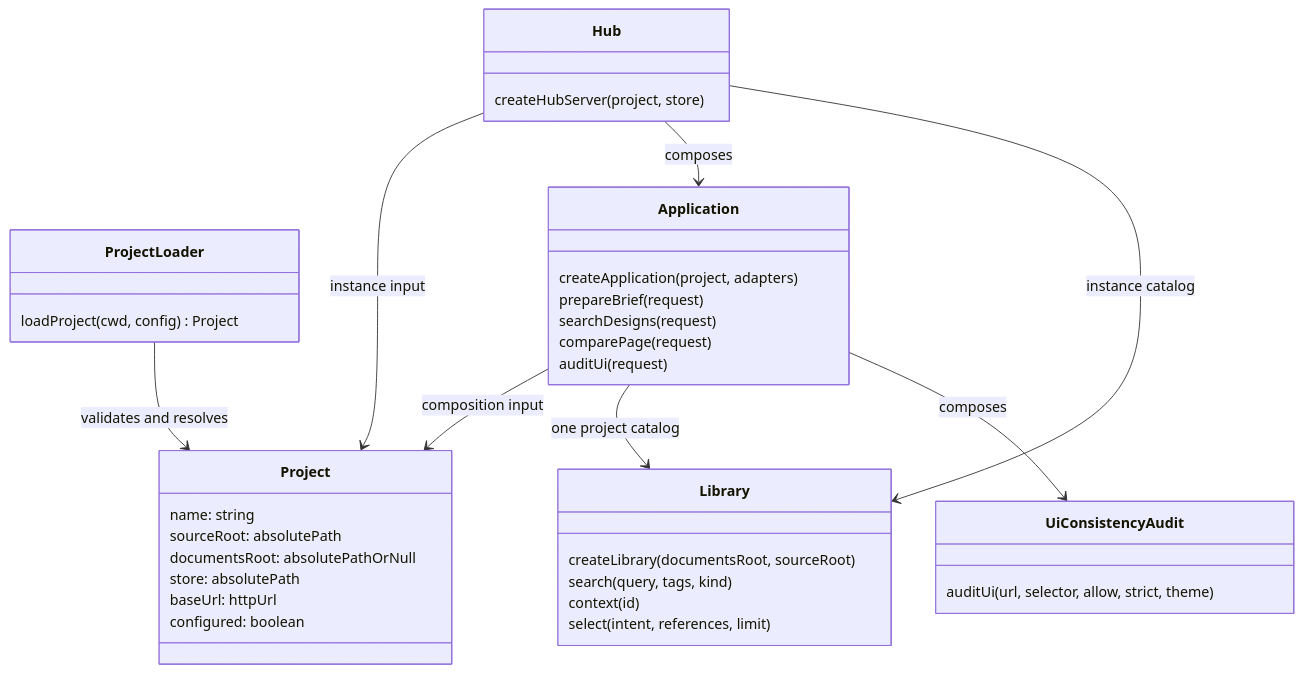
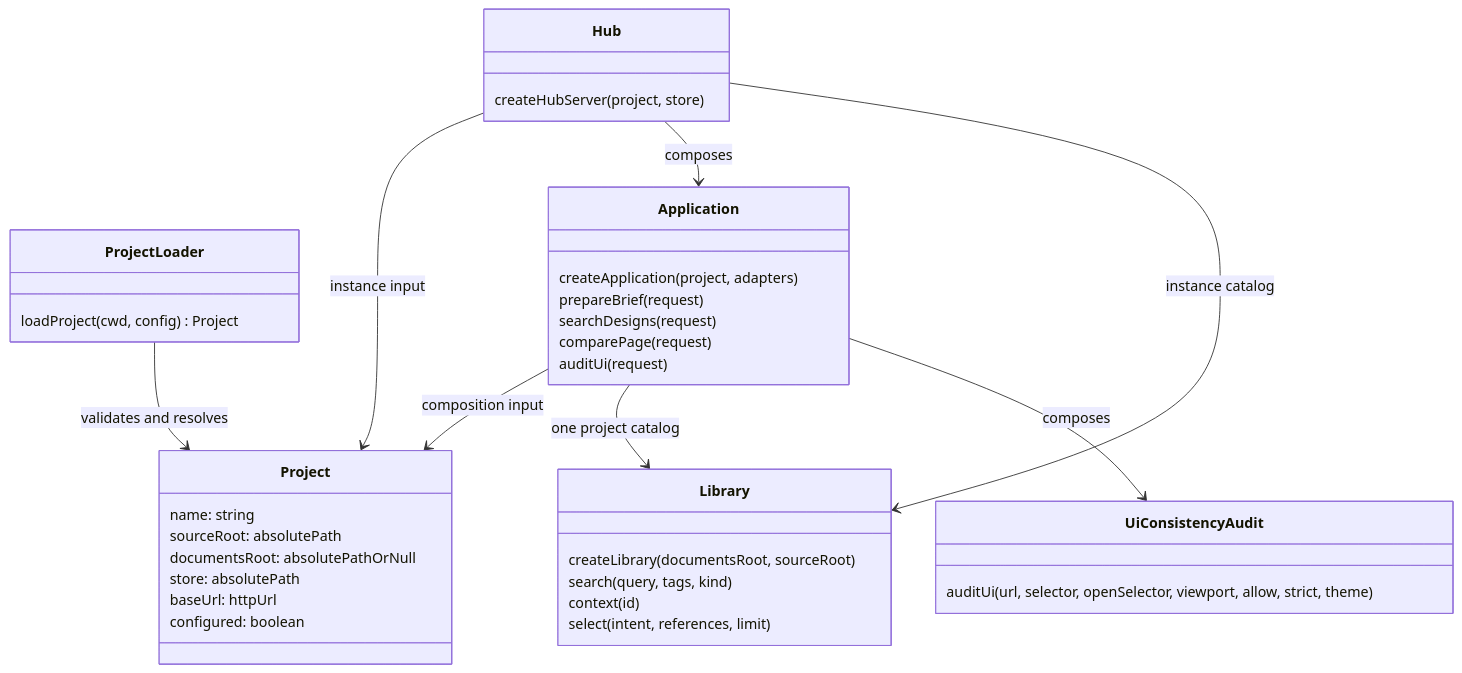
The diagram in design-compare/docs/architecture/c4-code.md (pollux-o4/design-home), drawn with Mermaid before and after one commit. The commit also changed other lines of this file and 9 other files, not shown here.

````diff
--- a/design-compare/docs/architecture/c4-code.md
+++ b/design-compare/docs/architecture/c4-code.md
@@ -5,40 +5,40 @@
 ```mermaid
 classDiagram
   class Project {
     name: string
     sourceRoot: absolutePath
     documentsRoot: absolutePathOrNull
     store: absolutePath
     baseUrl: httpUrl
     configured: boolean
   }
   class ProjectLoader {
     loadProject(cwd, config) Project
   }
   class Library {
     createLibrary(documentsRoot, sourceRoot)
     search(query, tags, kind)
     context(id)
     select(intent, references, limit)
   }
   class Application {
     createApplication(project, adapters)
     prepareBrief(request)
     searchDesigns(request)
     comparePage(request)
     auditUi(request)
   }
   class UiConsistencyAudit {
-    auditUi(url, selector, allow, strict, theme)
+    auditUi(url, selector, openSelector, viewport, allow, strict, theme)
   }
   class Hub {
     createHubServer(project, store)
   }
   ProjectLoader --> Project : validates and resolves
   Application --> Project : composition input
   Application --> Library : one project catalog
   Application --> UiConsistencyAudit : composes
   Hub --> Project : instance input
   Hub --> Application : composes
   Hub --> Library : instance catalog
 ```
````
